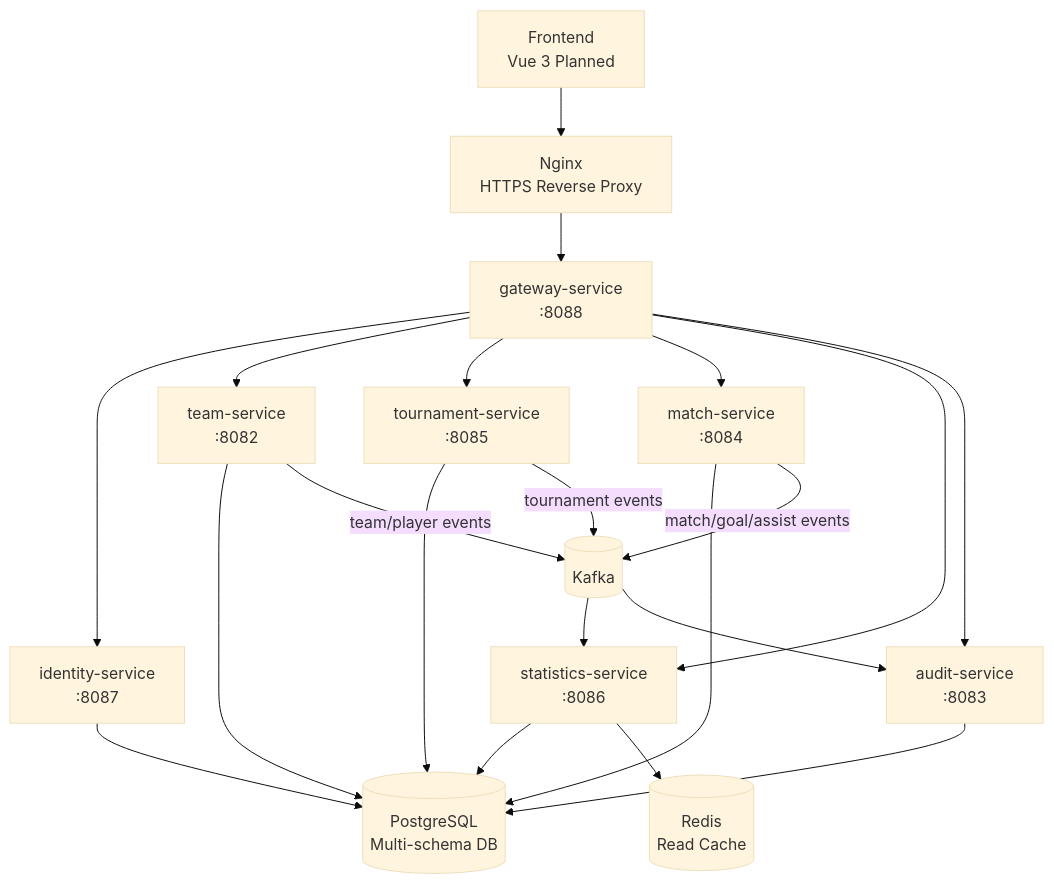
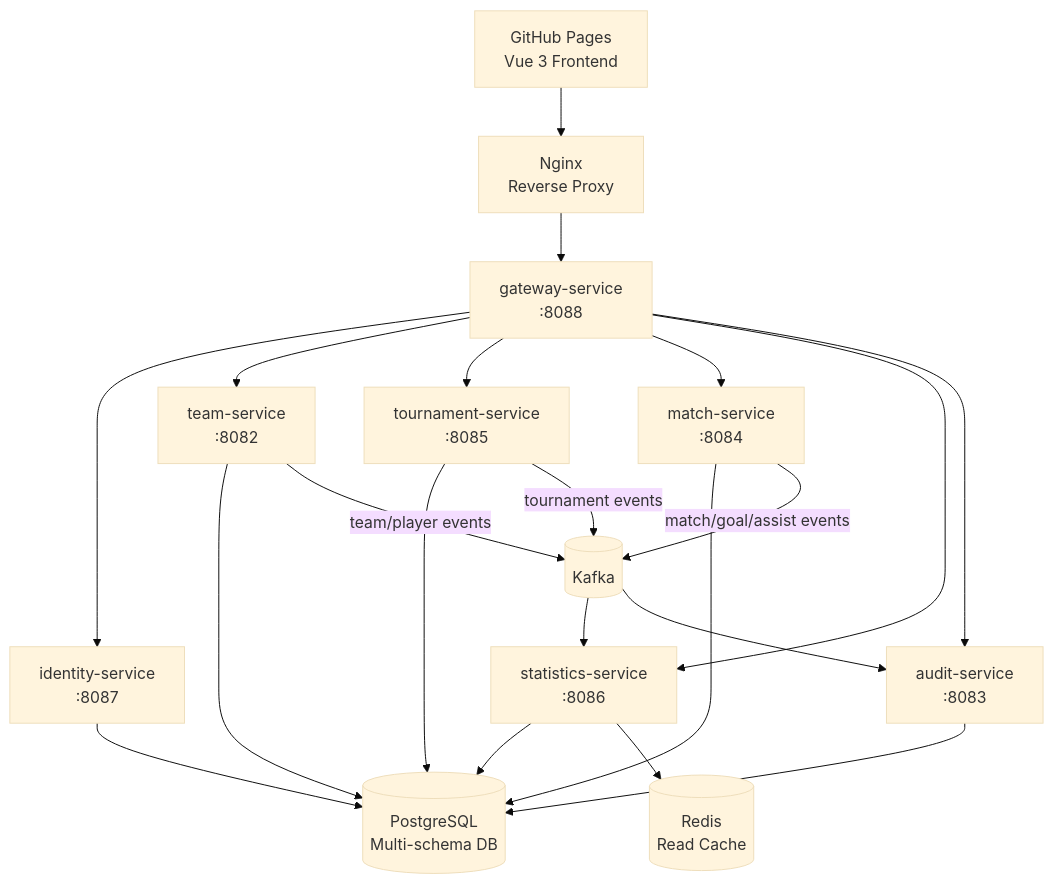
The diagram in README.md (Yukhoi/team-management-backend), drawn with Mermaid (base theme) before and after one commit. The commit also changed other lines of this file, not shown here.

````diff
--- a/README.md
+++ b/README.md
@@ -76,28 +142,28 @@
 ```mermaid
 flowchart TB
-    Frontend[Frontend<br/>Vue 3 Planned] --> Nginx[Nginx<br/>HTTPS Reverse Proxy]
+    Frontend[GitHub Pages<br/>Vue 3 Frontend] --> Nginx[Nginx<br/>Reverse Proxy]
     Nginx --> Gateway[gateway-service<br/>:8088]
 
     Gateway --> Identity[identity-service<br/>:8087]
     Gateway --> Team[team-service<br/>:8082]
     Gateway --> Tournament[tournament-service<br/>:8085]
     Gateway --> Match[match-service<br/>:8084]
     Gateway --> Statistics[statistics-service<br/>:8086]
     Gateway --> Audit[audit-service<br/>:8083]
 
     Identity --> Postgres[(PostgreSQL<br/>Multi-schema DB)]
     Team --> Postgres
     Tournament --> Postgres
     Match --> Postgres
     Statistics --> Postgres
     Audit --> Postgres
 
     Team -- team/player events --> Kafka[(Kafka)]
     Tournament -- tournament events --> Kafka
     Match -- match/goal/assist events --> Kafka
 
     Kafka --> Statistics
     Kafka --> Audit
 
     Statistics --> Redis[(Redis<br/>Read Cache)]
 ```
````
